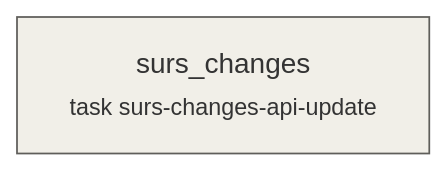
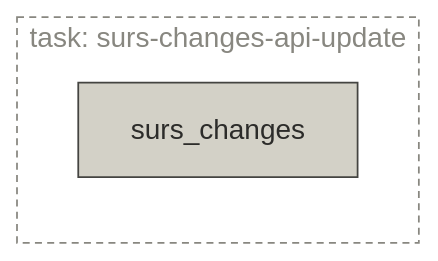
One commit to majazaloznik/umar-automation-scripts changed the diagram in docs/pipelines/task-surs-changes-api-update.md. Above: the diagram before and after it, drawn with Mermaid. The commit also changed 31 other files, not shown here.

Commit message:
Update mermaid plots in pipelines

````diff
--- a/docs/pipelines/task-surs-changes-api-update.md
+++ b/docs/pipelines/task-surs-changes-api-update.md
@@ -21,8 +21,12 @@
 ```mermaid
 flowchart LR
-  surs_changes["surs_changes<br/><small>task surs-changes-api-update</small>"]:::step
-  classDef source fill:#FAECE7,stroke:#993C1D
-  classDef step fill:#F1EFE8,stroke:#5F5E5A
-  classDef store fill:#E1F5EE,stroke:#0F6E56
-  classDef output fill:#EEEDFE,stroke:#534AB7
+  
+  subgraph task_surs_changes_api_update["task: surs-changes-api-update"]
+    surs_changes["surs_changes"]:::step
+  end
+  style task_surs_changes_api_update fill:none,stroke:#888780,stroke-dasharray:4 3,color:#888780
+  classDef source fill:#F0997B,stroke:#712B13,color:#4A1B0C,stroke-width:1px
+  classDef step fill:#D3D1C7,stroke:#444441,color:#2C2C2A,stroke-width:1px
+  classDef store fill:#5DCAA5,stroke:#085041,color:#04342C,stroke-width:1px
+  classDef output fill:#AFA9EC,stroke:#3C3489,color:#26215C,stroke-width:1px
 ```
````
